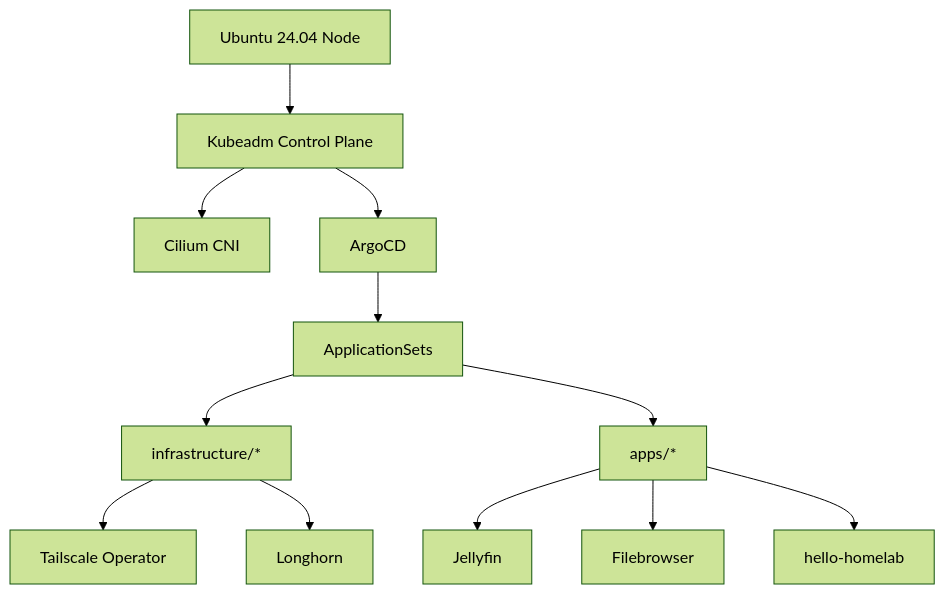
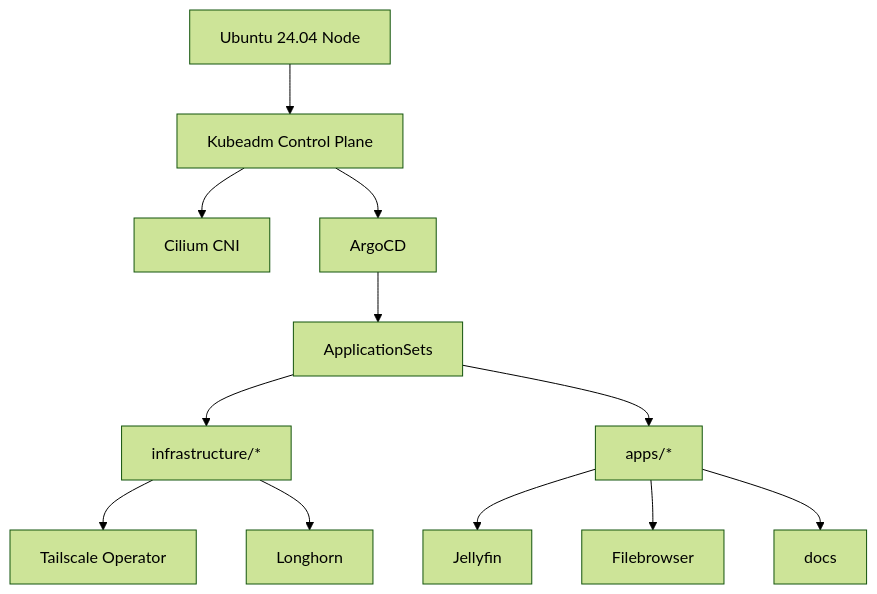
The first of 2 diagrams in docs/docs/intro.md (nsudhanva/homelab), drawn with Mermaid (forest theme) before and after one commit. The commit also changed other lines of this file and 21 other files, not shown here.

````diff
--- a/docs/docs/intro.md
+++ b/docs/docs/intro.md
@@ -52,14 +52,14 @@
 ```mermaid
 graph TD
   Host[Ubuntu 24.04 Node] --> Kubeadm[Kubeadm Control Plane]
   Kubeadm --> Cilium[Cilium CNI]
   Kubeadm --> ArgoCD[ArgoCD]
   ArgoCD --> AppSets[ApplicationSets]
   AppSets --> Infra[infrastructure/*]
   AppSets --> Apps[apps/*]
   Infra --> Tailscale[Tailscale Operator]
   Infra --> Longhorn[Longhorn]
   Apps --> Jellyfin[Jellyfin]
   Apps --> Filebrowser[Filebrowser]
-  Apps --> Hello[hello-homelab]
+  Apps --> Docs[docs]
 ```
````
